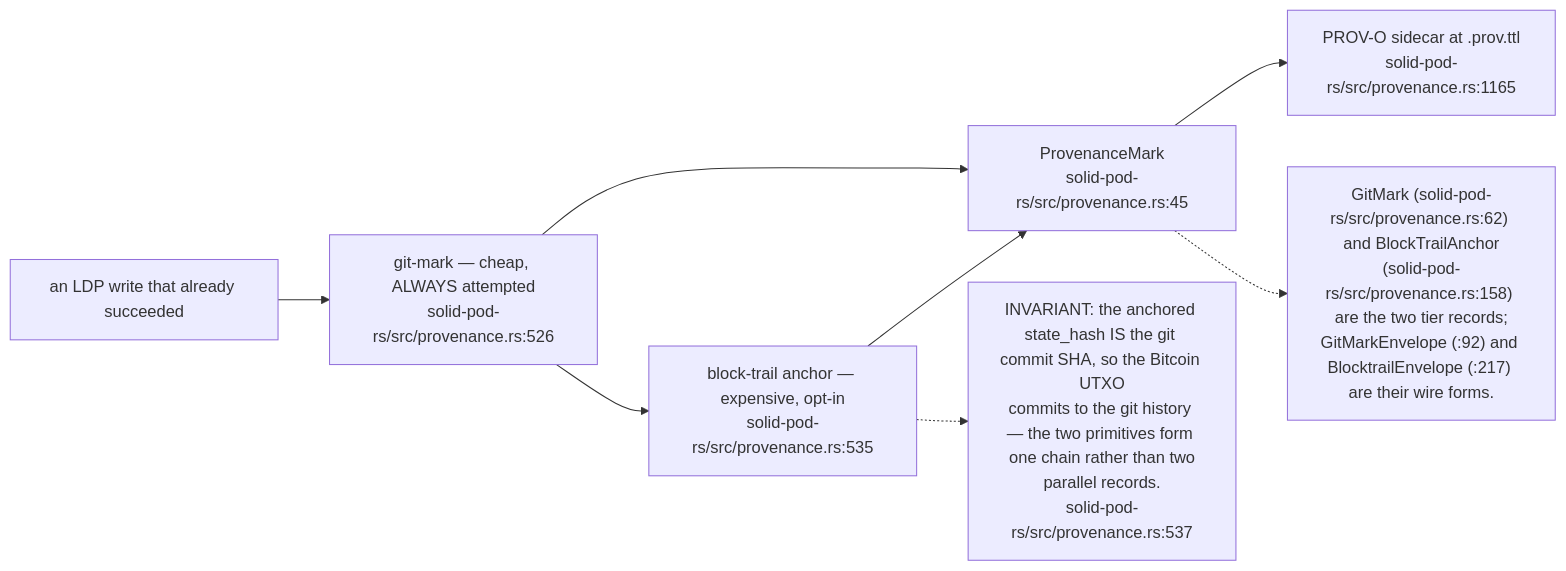
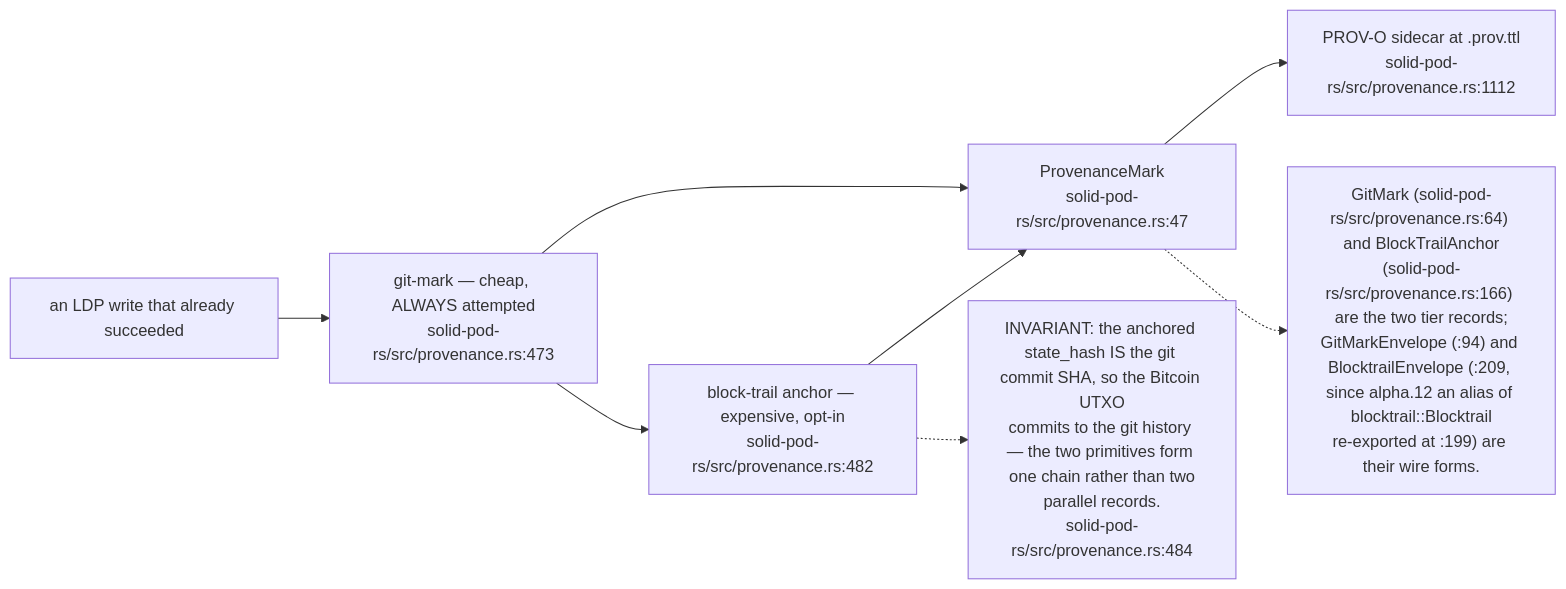
One commit to DreamLab-AI/VisionFlow changed the first of 19 diagrams in docs/diagrams/solid-pod-rs/07-provenance-and-payments.md. Above: the diagram before and after it, drawn with Mermaid. The commit also changed other lines of this file and 26 other files, not shown here.

First line of the commit message:
docs(diagrams): re-verify solid-pod-rs, nostr-rust-forum and visionclaw 22/36 against HEAD

````diff
--- a/docs/diagrams/solid-pod-rs/07-provenance-and-payments.md
+++ b/docs/diagrams/solid-pod-rs/07-provenance-and-payments.md
@@ -28,17 +29,17 @@
 ```mermaid
 flowchart LR
     W["an LDP write that already succeeded"]
-    GM["git-mark — cheap, ALWAYS attempted<br/>solid-pod-rs/src/provenance.rs:526"]
-    AN["block-trail anchor — expensive, opt-in<br/>solid-pod-rs/src/provenance.rs:535"]
-    SC["PROV-O sidecar at <resource>.prov.ttl<br/>solid-pod-rs/src/provenance.rs:1165"]
-    MK["ProvenanceMark<br/>solid-pod-rs/src/provenance.rs:45"]
+    GM["git-mark — cheap, ALWAYS attempted<br/>solid-pod-rs/src/provenance.rs:473"]
+    AN["block-trail anchor — expensive, opt-in<br/>solid-pod-rs/src/provenance.rs:482"]
+    SC["PROV-O sidecar at <resource>.prov.ttl<br/>solid-pod-rs/src/provenance.rs:1112"]
+    MK["ProvenanceMark<br/>solid-pod-rs/src/provenance.rs:47"]
 
     W --> GM --> MK
     GM --> AN --> MK
     MK --> SC
 
-    N["INVARIANT: the anchored state_hash IS the git commit SHA, so the Bitcoin UTXO<br/>commits to the git history — the two primitives form one chain rather than two<br/>parallel records.<br/>solid-pod-rs/src/provenance.rs:537"]
+    N["INVARIANT: the anchored state_hash IS the git commit SHA, so the Bitcoin UTXO<br/>commits to the git history — the two primitives form one chain rather than two<br/>parallel records.<br/>solid-pod-rs/src/provenance.rs:484"]
     AN -.-> N
-    N2["GitMark (solid-pod-rs/src/provenance.rs:62) and BlockTrailAnchor<br/>(solid-pod-rs/src/provenance.rs:158) are the two tier records;<br/>GitMarkEnvelope (:92) and BlocktrailEnvelope (:217) are their wire forms."]
+    N2["GitMark (solid-pod-rs/src/provenance.rs:64) and BlockTrailAnchor<br/>(solid-pod-rs/src/provenance.rs:166) are the two tier records;<br/>GitMarkEnvelope (:94) and BlocktrailEnvelope (:209, since alpha.12 an alias of blocktrail::Blocktrail<br/>re-exported at :199) are their wire forms."]
     MK -.-> N2
 ```
````
